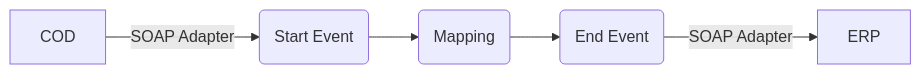
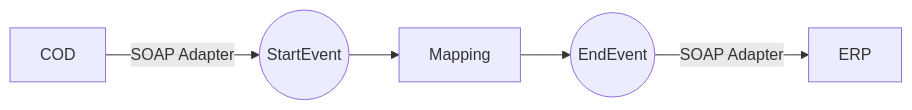
The diagram in MMZ - Cell Iflows/Check_Connectivity_to_SAP_Business_Suite_MMZ/1.0.4/readme.md (Avvale-IA-CICD/AvvaleCPI), drawn with Mermaid before and after one commit. The commit also changed other lines of this file, not shown here.

````diff
--- a/MMZ - Cell Iflows/Check_Connectivity_to_SAP_Business_Suite_MMZ/1.0.4/readme.md
+++ b/MMZ - Cell Iflows/Check_Connectivity_to_SAP_Business_Suite_MMZ/1.0.4/readme.md
@@ -4,13 +4,13 @@
 ```mermaid
 graph LR
     COD[COD]
     ERP[ERP]
-    Start(Start Event)
-    Mapping(Mapping)
-    End(End Event)
+    StartEvent((StartEvent))
+    Mapping[Mapping]
+    EndEvent((EndEvent))
 
-    COD -- SOAP Adapter --> Start
-    Start --> Mapping
-    Mapping --> End
-    End -- SOAP Adapter --> ERP
+    COD -- SOAP Adapter --> StartEvent
+    StartEvent --> Mapping
+    Mapping --> EndEvent
+    EndEvent -- SOAP Adapter --> ERP
 ```
````
